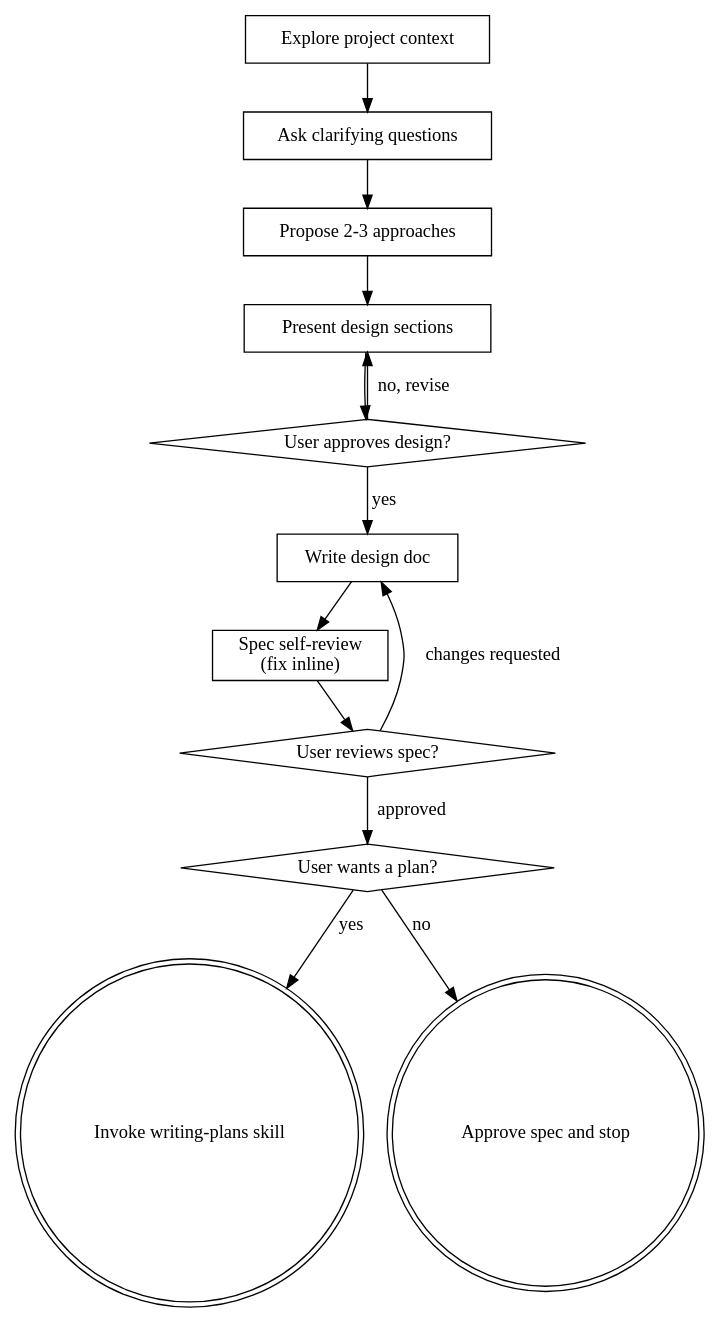
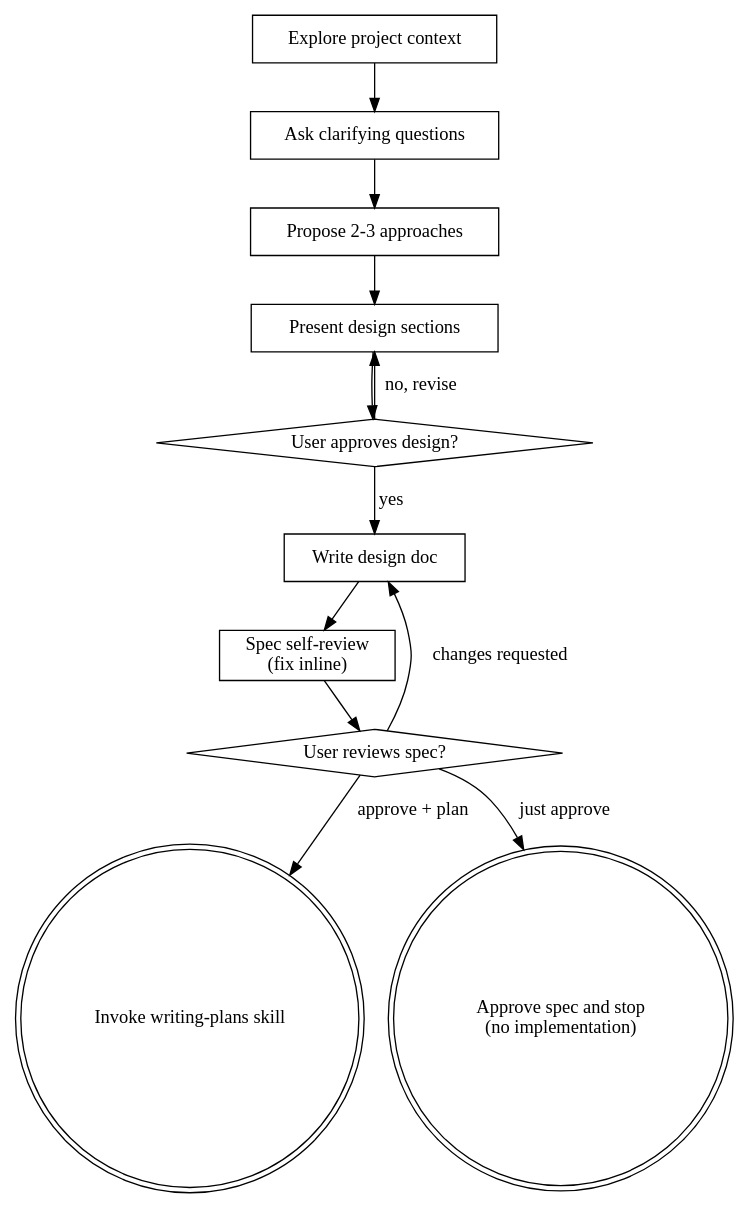
One commit to yohanesgre/dotfiles changed the diagram in config/skills/brainstorm-studio/SKILL.md. Above: the diagram before and after it, drawn with Graphviz. The commit also changed other lines of this file and 2 other files, not shown here.

First line of the commit message:
feat(skills): add just-approve path to brainstorm-studio spec gate

````diff
--- a/config/skills/brainstorm-studio/SKILL.md
+++ b/config/skills/brainstorm-studio/SKILL.md
@@ -42,28 +42,26 @@
 ```dot
 digraph brainstorming {
     "Explore project context" [shape=box];
     "Ask clarifying questions" [shape=box];
     "Propose 2-3 approaches" [shape=box];
     "Present design sections" [shape=box];
     "User approves design?" [shape=diamond];
     "Write design doc" [shape=box];
     "Spec self-review\n(fix inline)" [shape=box];
     "User reviews spec?" [shape=diamond];
-    "User wants a plan?" [shape=diamond];
     "Invoke writing-plans skill" [shape=doublecircle];
-    "Approve spec and stop" [shape=doublecircle];
+    "Approve spec and stop\n(no implementation)" [shape=doublecircle];
 
     "Explore project context" -> "Ask clarifying questions";
     "Ask clarifying questions" -> "Propose 2-3 approaches";
     "Propose 2-3 approaches" -> "Present design sections";
     "Present design sections" -> "User approves design?";
     "User approves design?" -> "Present design sections" [label="no, revise"];
     "User approves design?" -> "Write design doc" [label="yes"];
     "Write design doc" -> "Spec self-review\n(fix inline)";
     "Spec self-review\n(fix inline)" -> "User reviews spec?";
     "User reviews spec?" -> "Write design doc" [label="changes requested"];
-    "User reviews spec?" -> "User wants a plan?" [label="approved"];
-    "User wants a plan?" -> "Invoke writing-plans skill" [label="yes"];
-    "User wants a plan?" -> "Approve spec and stop" [label="no"];
+    "User reviews spec?" -> "Invoke writing-plans skill" [label="approve + plan"];
+    "User reviews spec?" -> "Approve spec and stop\n(no implementation)" [label="just approve"];
 }
 ```
````
